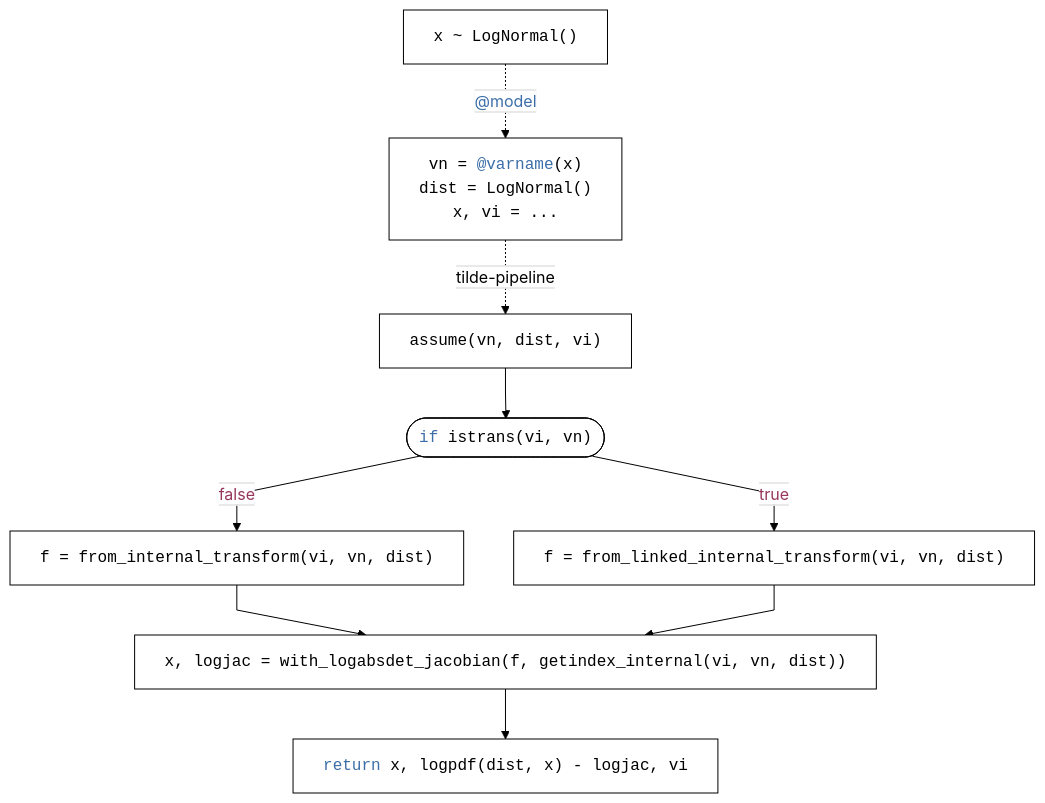
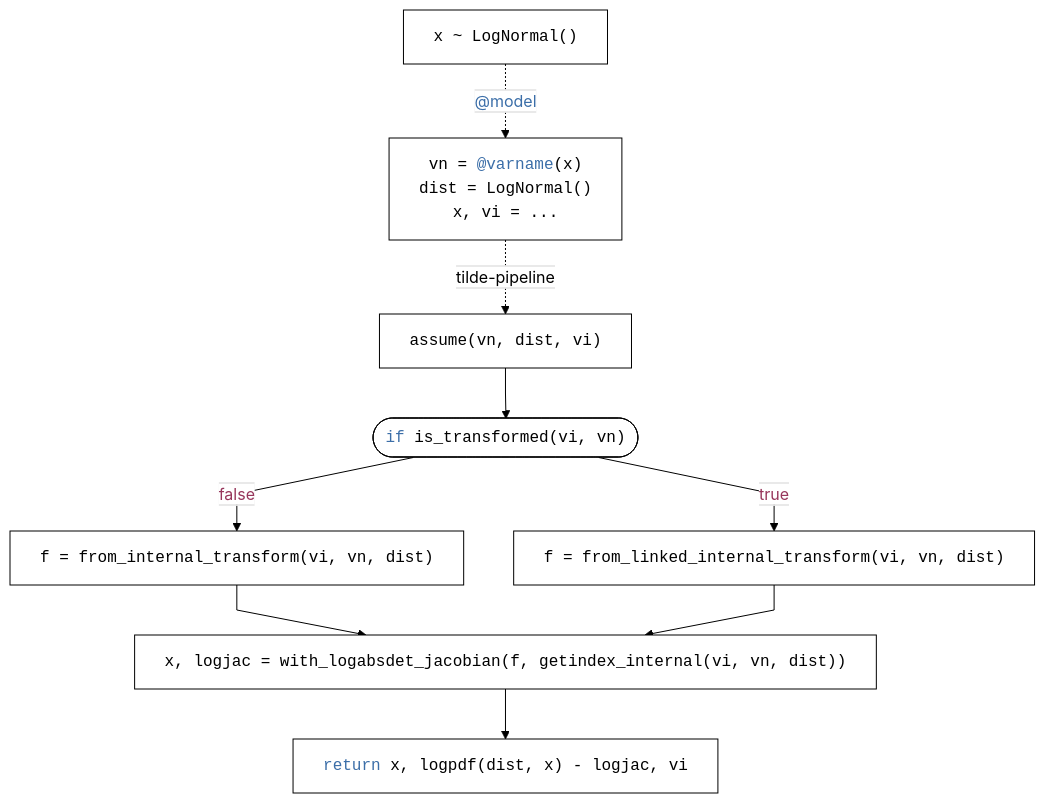
One commit to TuringLang/docs changed the first of 2 diagrams in developers/transforms/dynamicppl/index.qmd. Above: the diagram before and after it, drawn with Mermaid. The commit also changed other lines of this file and 11 other files, not shown here.

````diff
--- a/developers/transforms/dynamicppl/index.qmd
+++ b/developers/transforms/dynamicppl/index.qmd
@@ -240,27 +240,27 @@
 ```{mermaid}
 %%| echo: false
 
 %%{ init: { 'themeVariables': { 'lineColor': '#000000' } } }%%
 %%{ init: { 'flowchart': { 'curve': 'linear', 'wrappingWidth': -1 } } }%%
 graph TD
     A["x ~ LogNormal()"]:::boxStyle
     B["vn = <span style='color:#3B6EA8 !important;'>@varname</span>(x)<br>dist = LogNormal()<br>x, vi = ..."]:::boxStyle
     C["assume(vn, dist, vi)"]:::boxStyle
-    D(["<span style='color:#3B6EA8 !important;'>if</span> istrans(vi, vn)"]):::boxStyle
+    D(["<span style='color:#3B6EA8 !important;'>if</span> is_transformed(vi, vn)"]):::boxStyle
     E["f = from_internal_transform(vi, vn, dist)"]:::boxStyle
     F["f = from_linked_internal_transform(vi, vn, dist)"]:::boxStyle
     G["x, logjac = with_logabsdet_jacobian(f, getindex_internal(vi, vn, dist))"]:::boxStyle
     H["<span style='color:#3B6EA8 !important;'>return</span> x, logpdf(dist, x) - logjac, vi"]:::boxStyle
     
     A -.->|<span style='color:#3B6EA8 ; background-color:#ffffff;'>@model</span>| B
     B -.->|<span style='color:#000000 ; background-color:#ffffff;'>tilde-pipeline</span>| C
     C --> D
     D -->|<span style='color:#97365B ; background-color:#ffffff;'>false</span>| E
     D -->|<span style='color:#97365B ; background-color:#ffffff;'>true</span>| F
     E --> G
     F --> G
     G --> H
 
     classDef boxStyle fill:#ffffff,stroke:#000000,font-family:Courier,color:#000000
     linkStyle default stroke:#000000,stroke-width:1px,color:#000000
 ```
````
